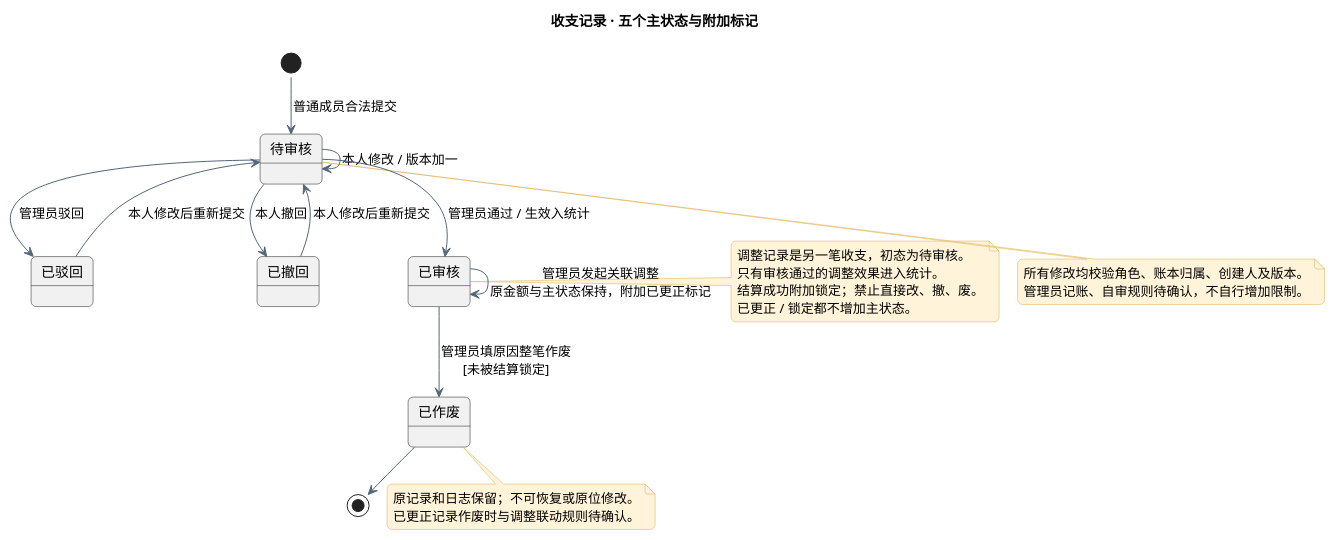
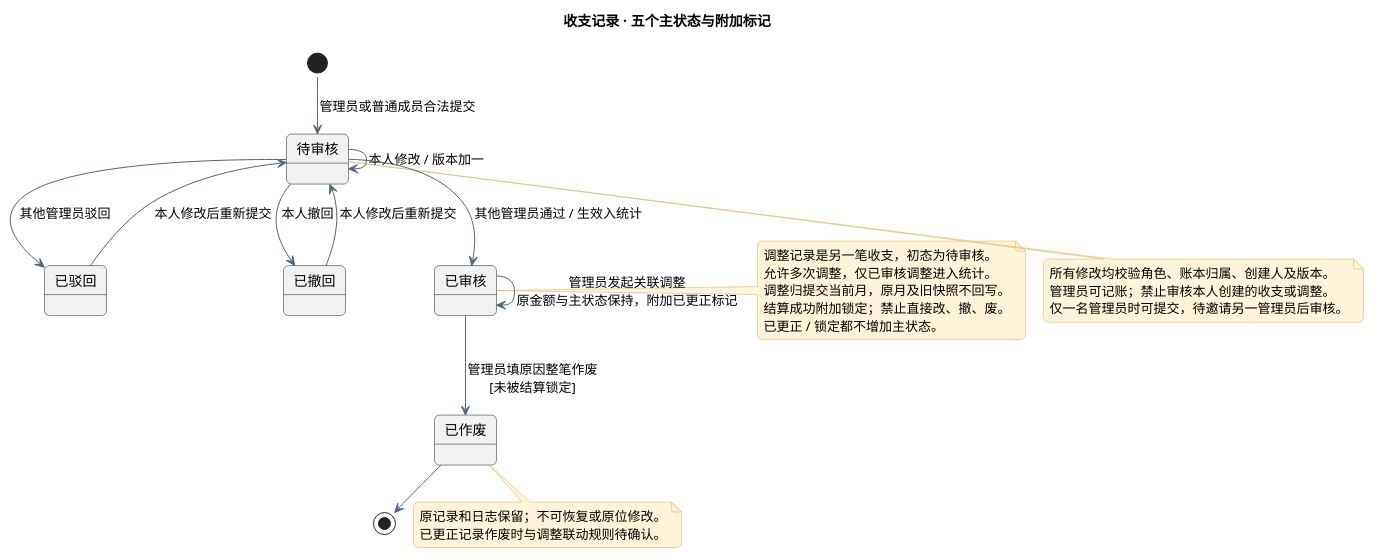
Before and after one commit to wuyi0928/MyCS_NJU: the diagram in 软件工程/实验2_251220152_魏楚航/UML/03_收支状态图.puml, drawn with PlantUML. The commit also changed 20 other files, not shown here.

```diff
--- a/软件工程/实验2_251220152_魏楚航/UML/03_收支状态图.puml
+++ b/软件工程/实验2_251220152_魏楚航/UML/03_收支状态图.puml
@@ -1,45 +1,47 @@
 @startuml
 !pragma layout smetana
 skinparam defaultFontName Microsoft YaHei
 skinparam backgroundColor #FFFFFF
 skinparam shadowing false
 skinparam ArrowColor #52667B
 skinparam classBackgroundColor #F0F7F6
 skinparam classBorderColor #267568
 skinparam componentBackgroundColor #F0F7F6
 skinparam noteBackgroundColor #FFF4D9
 skinparam noteBorderColor #D8AA49
 skinparam roundcorner 10
 skinparam nodesep 70
 skinparam ranksep 85
 title 收支记录 · 五个主状态与附加标记
 state "待审核" as Pending
 state "已驳回" as Rejected
 state "已撤回" as Withdrawn
 state "已审核" as Approved
 state "已作废" as Voided
-[*] --> Pending : 普通成员合法提交
+[*] --> Pending : 管理员或普通成员合法提交
 Pending --> Pending : 本人修改 / 版本加一
-Pending --> Rejected : 管理员驳回
+Pending --> Rejected : 其他管理员驳回
 Pending --> Withdrawn : 本人撤回
 Rejected --> Pending : 本人修改后重新提交
 Withdrawn --> Pending : 本人修改后重新提交
-Pending --> Approved : 管理员通过 / 生效入统计
+Pending --> Approved : 其他管理员通过 / 生效入统计
 Approved --> Voided : 管理员填原因整笔作废\n[未被结算锁定]
 Voided --> [*]
 Approved --> Approved : 管理员发起关联调整\n原金额与主状态保持，附加已更正标记
 note right of Approved
 调整记录是另一笔收支，初态为待审核。
-只有审核通过的调整效果进入统计。
+允许多次调整，仅已审核调整进入统计。
+调整归提交当前月，原月及旧快照不回写。
 结算成功附加锁定；禁止直接改、撤、废。
 已更正 / 锁定都不增加主状态。
 end note
 note bottom of Pending
 所有修改均校验角色、账本归属、创建人及版本。
-管理员记账、自审规则待确认，不自行增加限制。
+管理员可记账；禁止审核本人创建的收支或调整。
+仅一名管理员时可提交，待邀请另一管理员后审核。
 end note
 note bottom of Voided
 原记录和日志保留；不可恢复或原位修改。
 已更正记录作废时与调整联动规则待确认。
 end note
 @enduml
```
